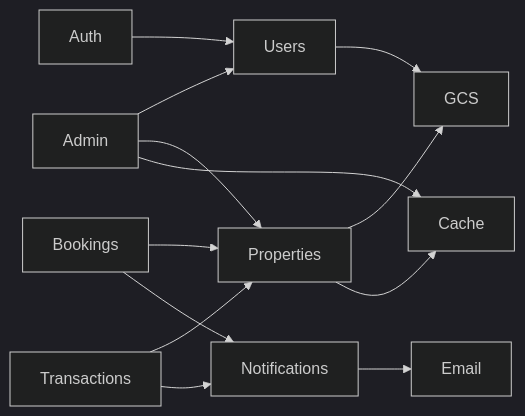
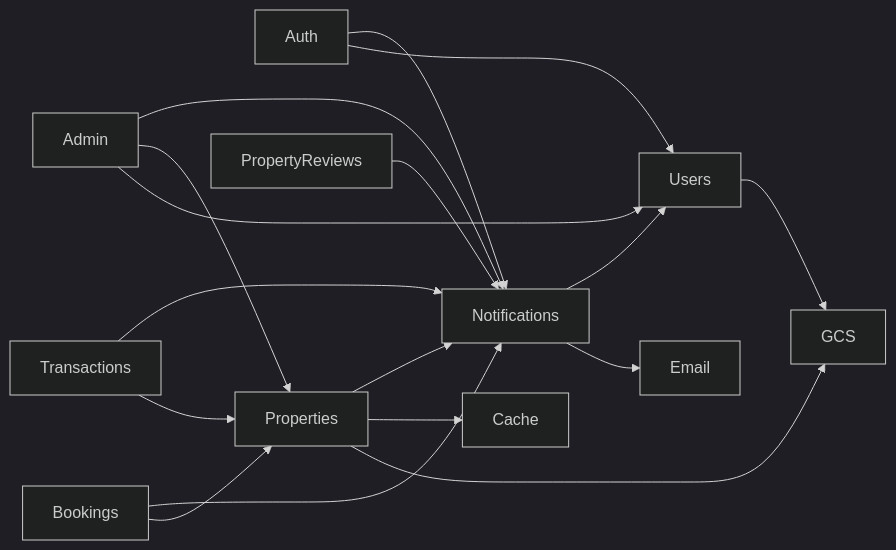
One commit to spity7/buytly changed the diagram in server/docs/architecture.md. Above: the diagram before and after it, drawn with Mermaid (dark theme). The commit also changed other lines of this file and 81 other files, not shown here.

Commit message:
notifications logic/flow

````diff
--- a/server/docs/architecture.md
+++ b/server/docs/architecture.md
@@ -33,15 +33,19 @@
 ```mermaid
 flowchart LR
   Auth --> Users
   Users --> GCS
   Properties --> GCS
   Properties --> Cache
   Bookings --> Properties
   Bookings --> Notifications
   Transactions --> Properties
   Transactions --> Notifications
   Admin --> Users
   Admin --> Properties
-  Admin --> Cache
+  Properties --> Notifications
+  PropertyReviews --> Notifications
+  Auth --> Notifications
+  Admin --> Notifications
   Notifications --> Email
+  Notifications --> Users
 ```
````
